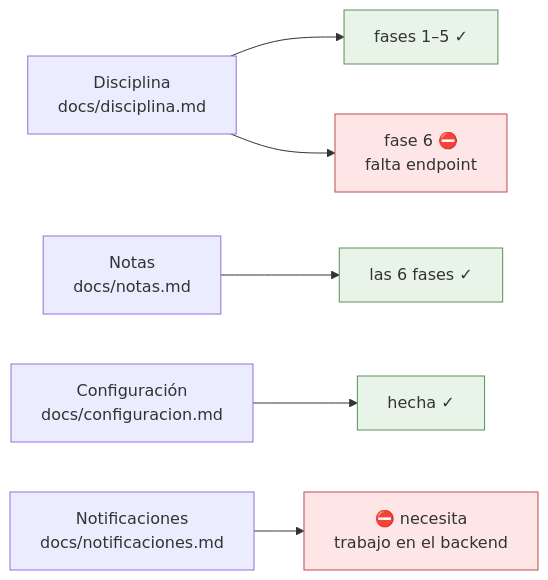
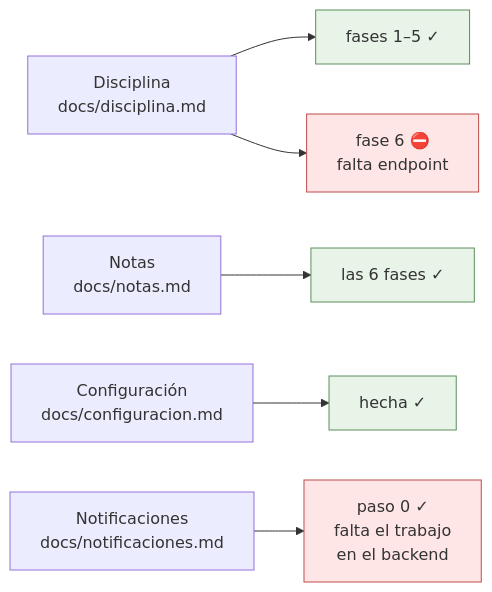
One commit to bluesky777/myvc_flutter changed the diagram in docs/estado.md. Above: the diagram before and after it, drawn with Mermaid. The commit also changed other lines of this file and 2 other files, not shown here.

First line of the commit message:
docs(notificaciones): el paso 0, comprobado en el servidor

````diff
--- a/docs/estado.md
+++ b/docs/estado.md
@@ -13,14 +13,14 @@
 ```mermaid
 flowchart LR
     D["Disciplina<br/>docs/disciplina.md"] --> D5["fases 1–5 ✓"]
     D --> D6["fase 6 ⛔<br/>falta endpoint"]
     N["Notas<br/>docs/notas.md"] --> N4["las 6 fases ✓"]
     C["Configuración<br/>docs/configuracion.md"] --> C0["hecha ✓"]
-    P["Notificaciones<br/>docs/notificaciones.md"] --> P0["⛔ necesita<br/>trabajo en el backend"]
+    P["Notificaciones<br/>docs/notificaciones.md"] --> P0["paso 0 ✓<br/>falta el trabajo<br/>en el backend"]
 
     style D5 fill:#e8f4e8,stroke:#5a8f5a
     style N4 fill:#e8f4e8,stroke:#5a8f5a
     style D6 fill:#ffe6e6,stroke:#c04b4b
     style P0 fill:#ffe6e6,stroke:#c04b4b
     style C0 fill:#e8f4e8,stroke:#5a8f5a
 ```
````
